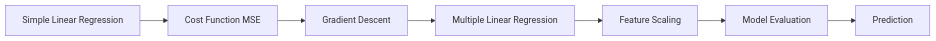
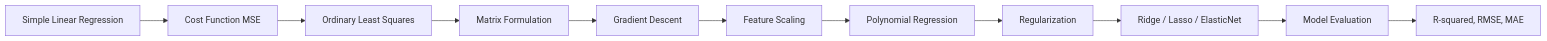
One commit to Raushan666java/ai-engineering-journey changed the first of 5 diagrams in docs/courses/machine-learning/02-linear-regression.md. Above: the diagram before and after it, drawn with Mermaid. The commit also changed other lines of this file and 41 other files, not shown here.

````diff
--- a/docs/courses/machine-learning/02-linear-regression.md
+++ b/docs/courses/machine-learning/02-linear-regression.md
@@ -27,9 +31,13 @@
 ```mermaid
 flowchart LR
     A[Simple Linear Regression] --> B[Cost Function MSE]
-    B --> C[Gradient Descent]
-    C --> D[Multiple Linear Regression]
-    D --> E[Feature Scaling]
-    E --> F[Model Evaluation]
-    F --> G[Prediction]
+    B --> C[Ordinary Least Squares]
+    C --> D[Matrix Formulation]
+    D --> E[Gradient Descent]
+    E --> F[Feature Scaling]
+    F --> G[Polynomial Regression]
+    G --> H[Regularization]
+    H --> I[Ridge / Lasso / ElasticNet]
+    I --> J[Model Evaluation]
+    J --> K[R-squared, RMSE, MAE]
 ```
````
